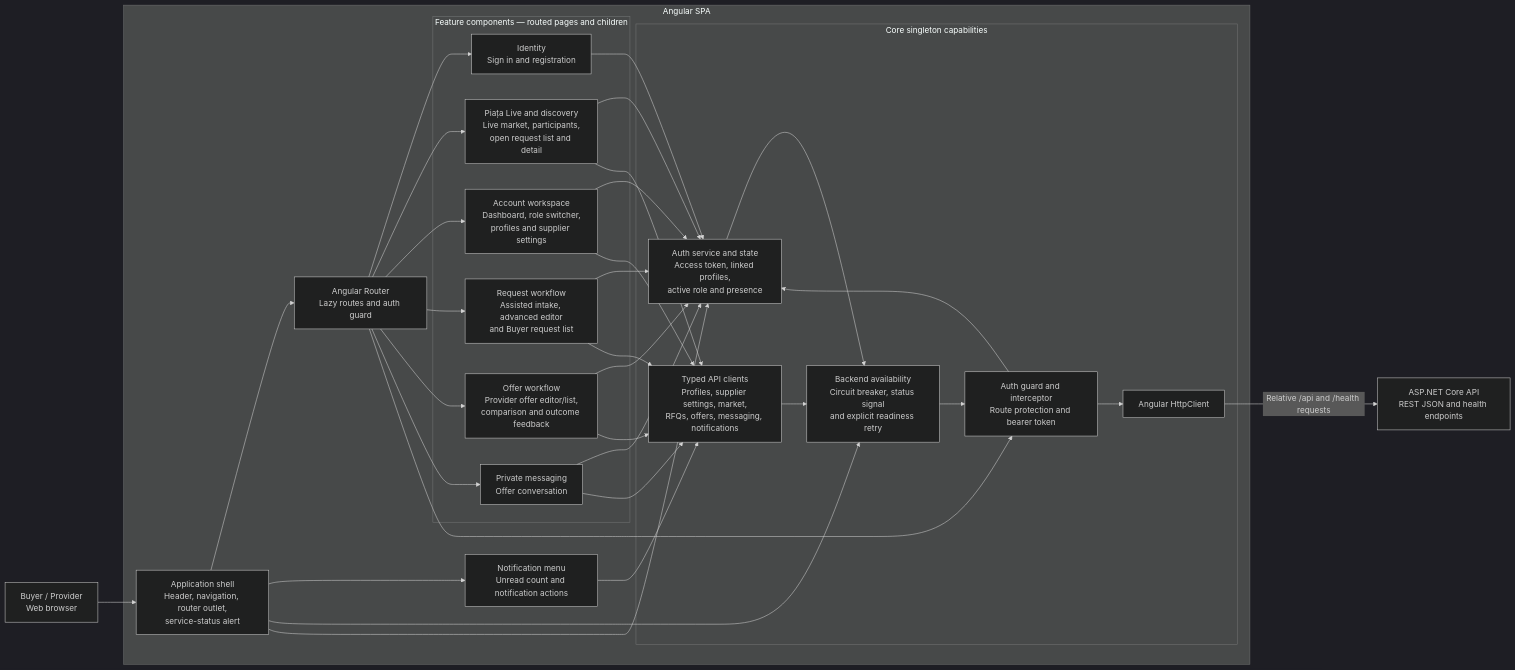
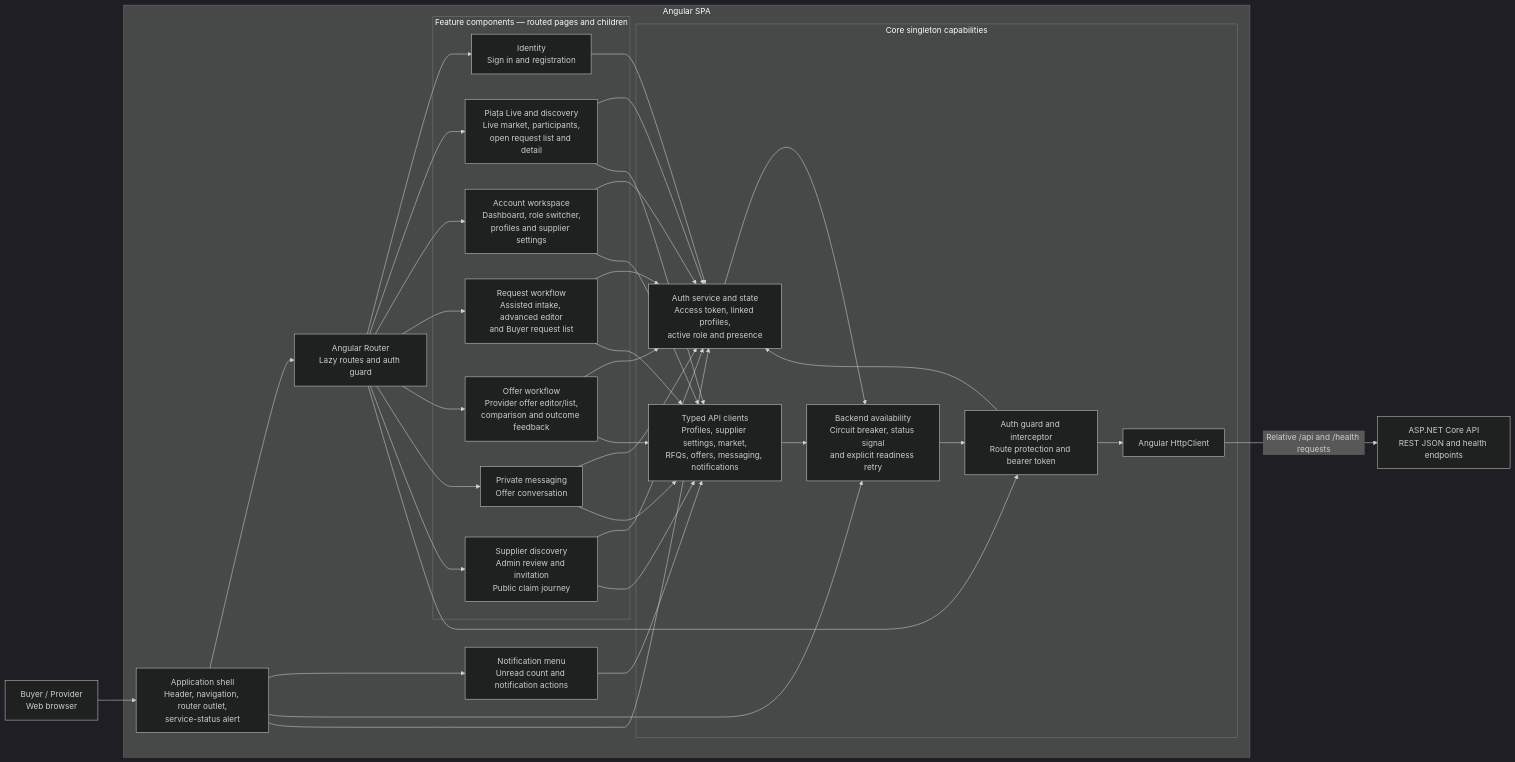
One commit to john4ani/rfq-marketplace changed the diagram in docs/architecture/c4-component-frontend.md. Above: the diagram before and after it, drawn with Mermaid (dark theme). The commit also changed other lines of this file and 98 other files, not shown here.

````diff
--- a/docs/architecture/c4-component-frontend.md
+++ b/docs/architecture/c4-component-frontend.md
@@ -12,64 +12,68 @@
 ```mermaid
 flowchart LR
     user["Buyer / Provider<br/>Web browser"]
     api["ASP.NET Core API<br/>REST JSON and health endpoints"]
 
     subgraph Spa["Angular SPA"]
         shell["Application shell<br/>Header, navigation, router outlet,<br/>service-status alert"]
         router["Angular Router<br/>Lazy routes and auth guard"]
 
         subgraph Features["Feature components — routed pages and children"]
             identity["Identity<br/>Sign in and registration"]
             landing["Piața Live and discovery<br/>Live market, participants,<br/>open request list and detail"]
             account["Account workspace<br/>Dashboard, role switcher,<br/>profiles and supplier settings"]
             requests["Request workflow<br/>Assisted intake, advanced editor<br/>and Buyer request list"]
             offers["Offer workflow<br/>Provider offer editor/list,<br/>comparison and outcome feedback"]
             messaging["Private messaging<br/>Offer conversation"]
+            supplierDiscovery["Supplier discovery<br/>Admin review and invitation<br/>Public claim journey"]
         end
 
         notifications["Notification menu<br/>Unread count and notification actions"]
 
         subgraph Core["Core singleton capabilities"]
             auth["Auth service and state<br/>Access token, linked profiles,<br/>active role and presence"]
             clients["Typed API clients<br/>Profiles, supplier settings, market,<br/>RFQs, offers, messaging, notifications"]
             authPipeline["Auth guard and interceptor<br/>Route protection and bearer token"]
             availability["Backend availability<br/>Circuit breaker, status signal<br/>and explicit readiness retry"]
             http["Angular HttpClient"]
         end
     end
 
     user --> shell
     shell --> router
     shell --> notifications
     shell --> availability
 
     router --> identity
     router --> landing
     router --> account
     router --> requests
     router --> offers
     router --> messaging
+    router --> supplierDiscovery
     router --> authPipeline
 
     shell --> auth
     identity --> auth
     landing --> auth
     account --> auth
     requests --> auth
     offers --> auth
     messaging --> auth
+    supplierDiscovery --> auth
     authPipeline --> auth
 
     landing --> clients
     account --> clients
     requests --> clients
     offers --> clients
     messaging --> clients
+    supplierDiscovery --> clients
     notifications --> clients
 
     clients --> availability
     auth --> availability
     availability --> authPipeline
     authPipeline --> http
     http -->|"Relative /api and /health requests"| api
 ```
````
